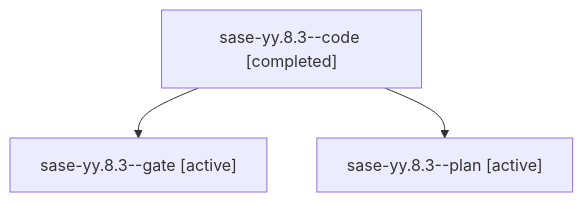
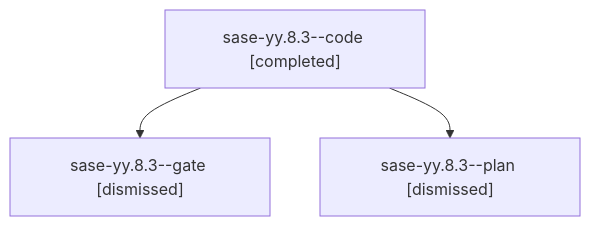
The diagram in sessions/bbugyi200.athena.sase-yy.8.3.md (sase-org/sase--agents), drawn with Mermaid before and after one commit. The commit also changed other lines of this file and 208 other files, not shown here.

````diff
--- a/sessions/bbugyi200.athena.sase-yy.8.3.md
+++ b/sessions/bbugyi200.athena.sase-yy.8.3.md
@@ -9,8 +9,8 @@
 ```mermaid
 flowchart TD
   n0["sase-yy.8.3--code [completed]"]
-  n1["sase-yy.8.3--gate [active]"]
+  n1["sase-yy.8.3--gate [dismissed]"]
   n0 --> n1
-  n2["sase-yy.8.3--plan [active]"]
+  n2["sase-yy.8.3--plan [dismissed]"]
   n0 --> n2
 ```
````
